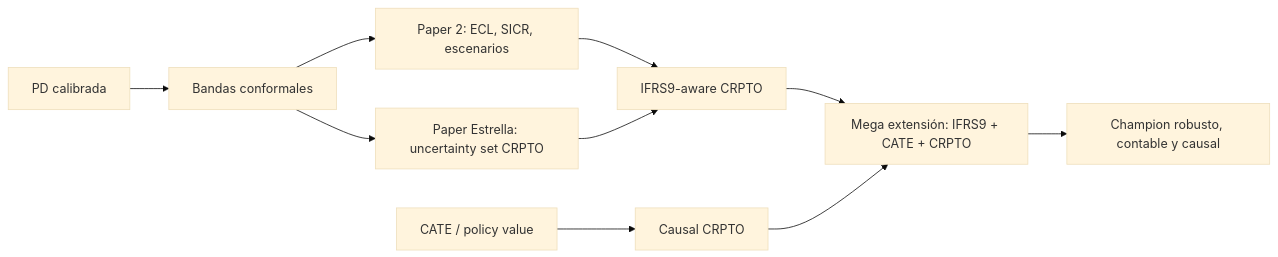
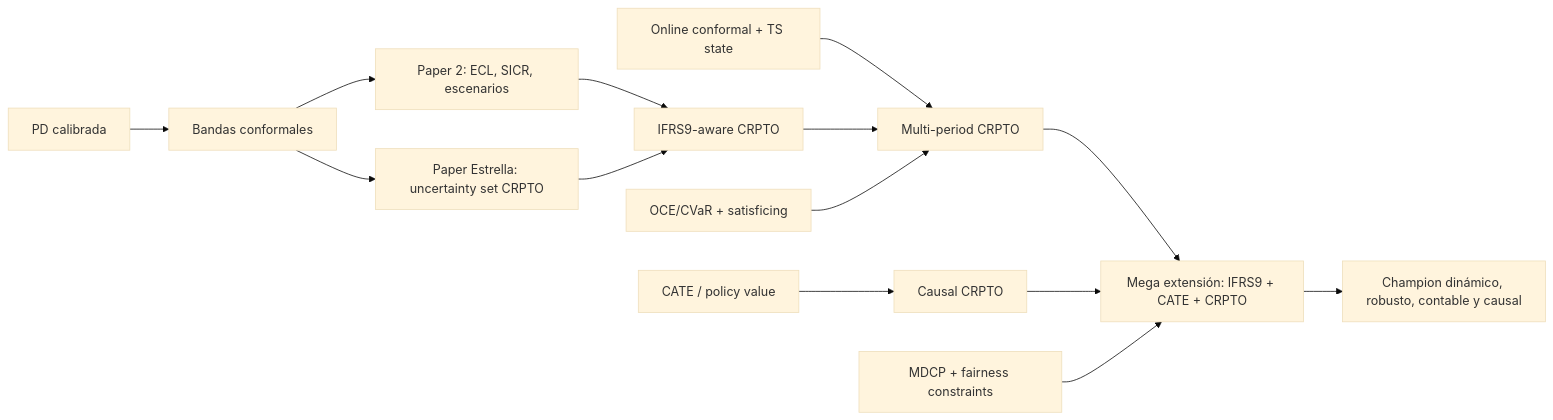
Before and after one commit to EigenCharlie/Lending-Club-End-to-End: the diagram in book/chapters/15-paper-ifrs9/15e-mega-extension-ifrs9-cate-crpto.qmd, drawn with Mermaid (base theme). The commit also changed other lines of this file, not shown here.

Commit message:
docs: expand paper2 mega extension roadmap

````diff
--- a/book/chapters/15-paper-ifrs9/15e-mega-extension-ifrs9-cate-crpto.qmd
+++ b/book/chapters/15-paper-ifrs9/15e-mega-extension-ifrs9-cate-crpto.qmd
@@ -313,12 +548,16 @@
 ```{mermaid}
 flowchart LR
   A[PD calibrada] --> B[Bandas conformales]
   B --> C[Paper 2: ECL, SICR, escenarios]
   B --> D[Paper Estrella: uncertainty set CRPTO]
   C --> E[IFRS9-aware CRPTO]
   D --> E
+  T[Online conformal + TS state] --> M[Multi-period CRPTO]
+  E --> M
+  R[OCE/CVaR + satisficing] --> M
   F[CATE / policy value] --> G[Causal CRPTO]
-  E --> H[Mega extensión: IFRS9 + CATE + CRPTO]
+  M --> H[Mega extensión: IFRS9 + CATE + CRPTO]
   G --> H
-  H --> I[Champion robusto, contable y causal]
+  Q[MDCP + fairness constraints] --> H
+  H --> I[Champion dinámico, robusto, contable y causal]
 ```
````
